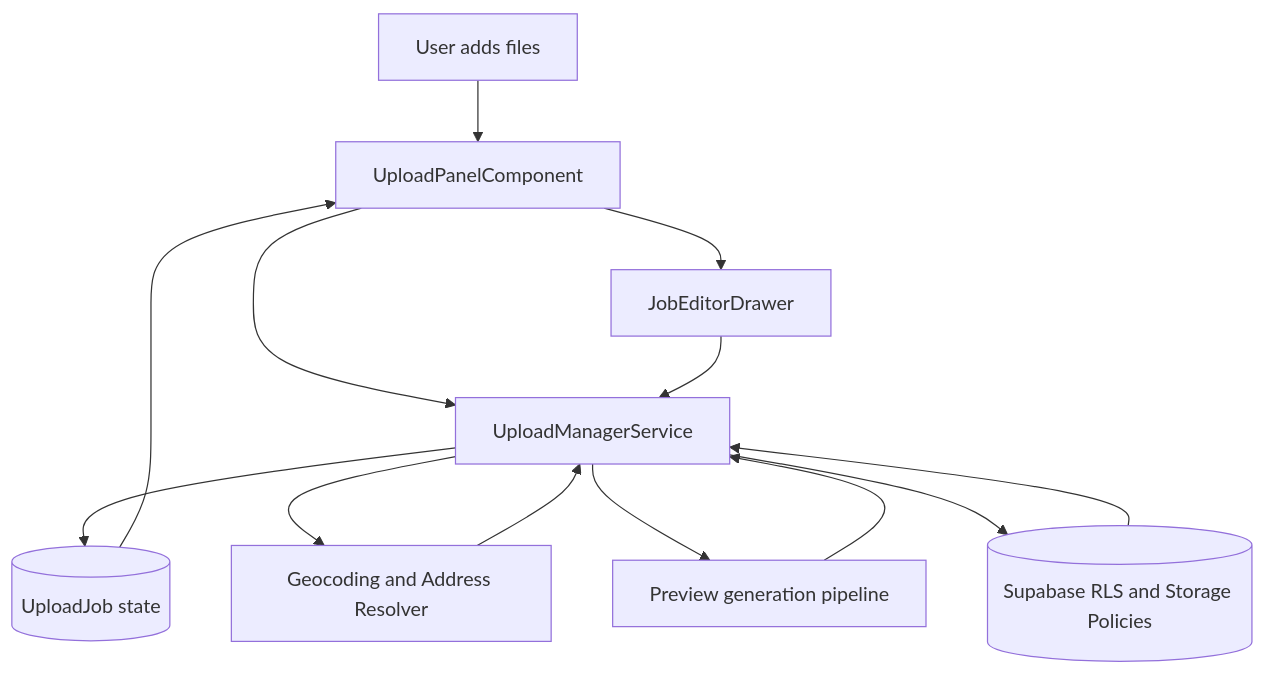
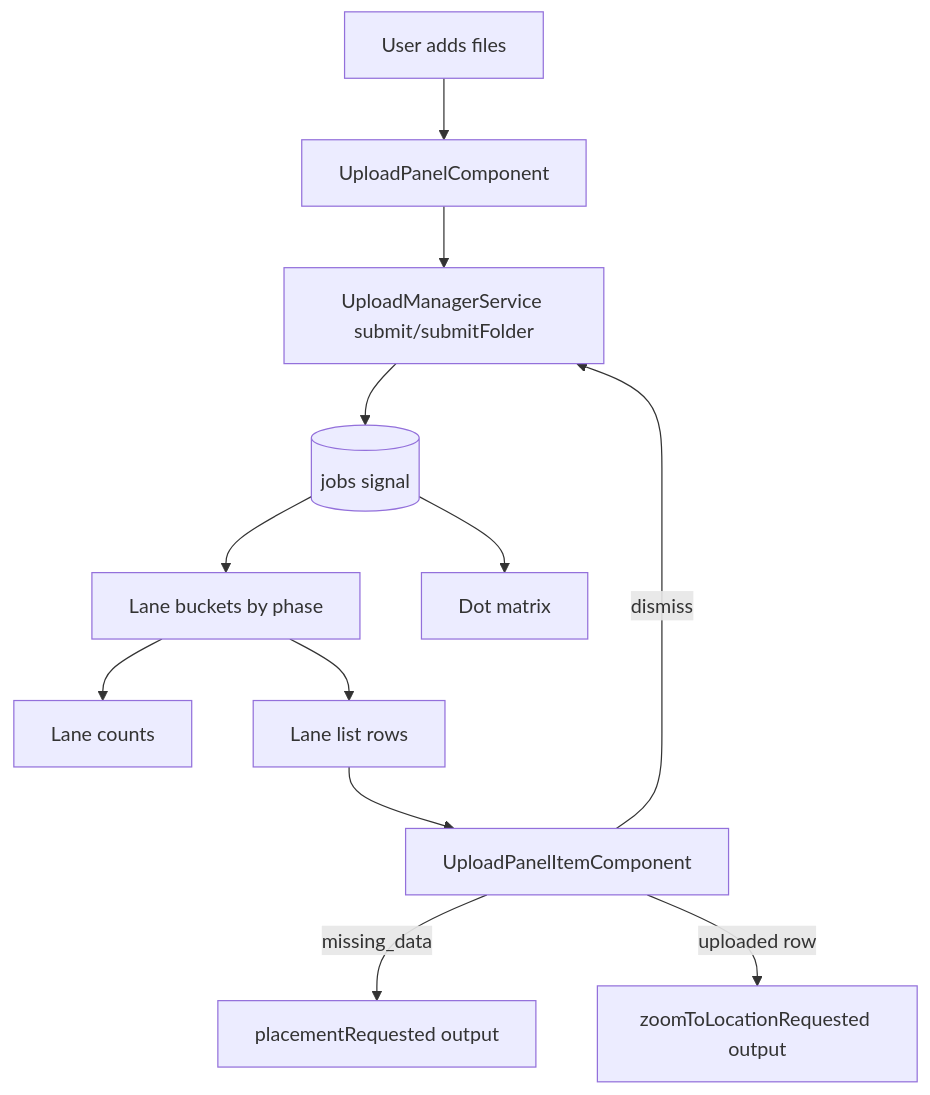
One commit to matkleve/feldpost changed the first of 3 diagrams in docs/element-specs/upload-panel.md. Above: the diagram before and after it, drawn with Mermaid. The commit also changed other lines of this file and 12 other files, not shown here.

First line of the commit message:
Refactor upload manager and related components for improved structure and functionality

````diff
--- a/docs/element-specs/upload-panel.md
+++ b/docs/element-specs/upload-panel.md
@@ -84,15 +81,14 @@
 ```mermaid
 flowchart TD
   U[User adds files] --> P[UploadPanelComponent]
-  P --> M[UploadManagerService]
-  M --> J[(UploadJob state)]
-  J --> P
-  P --> E[JobEditorDrawer]
-  E --> M
-  M --> G[Geocoding and Address Resolver]
-  G --> M
-  M --> V[Preview generation pipeline]
-  V --> M
-  M --> S[(Supabase RLS and Storage Policies)]
-  S --> M
+  P --> M[UploadManagerService submit/submitFolder]
+  M --> J[(jobs signal)]
+  J --> B[Lane buckets by phase]
+  B --> C[Lane counts]
+  B --> L[Lane list rows]
+  J --> D[Dot matrix]
+  L --> I[UploadPanelItemComponent]
+  I -->|missing_data| R[placementRequested output]
+  I -->|uploaded row| Z[zoomToLocationRequested output]
+  I -->|dismiss| M
 ```
````
